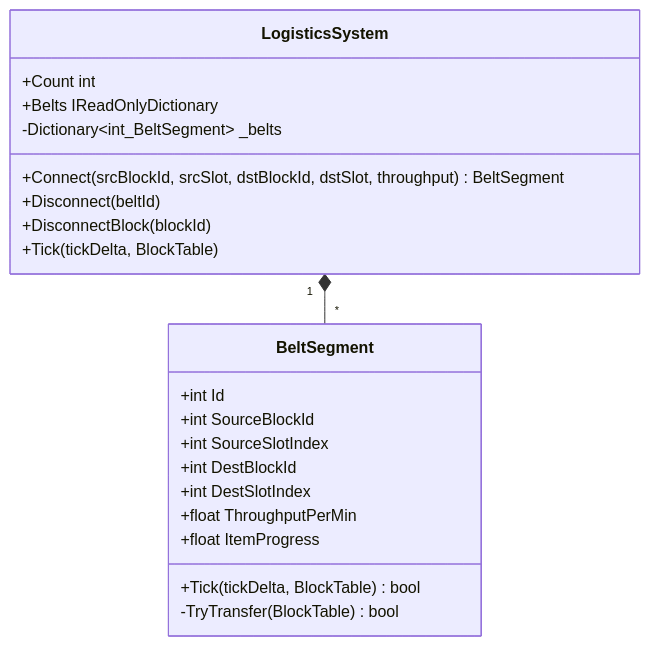
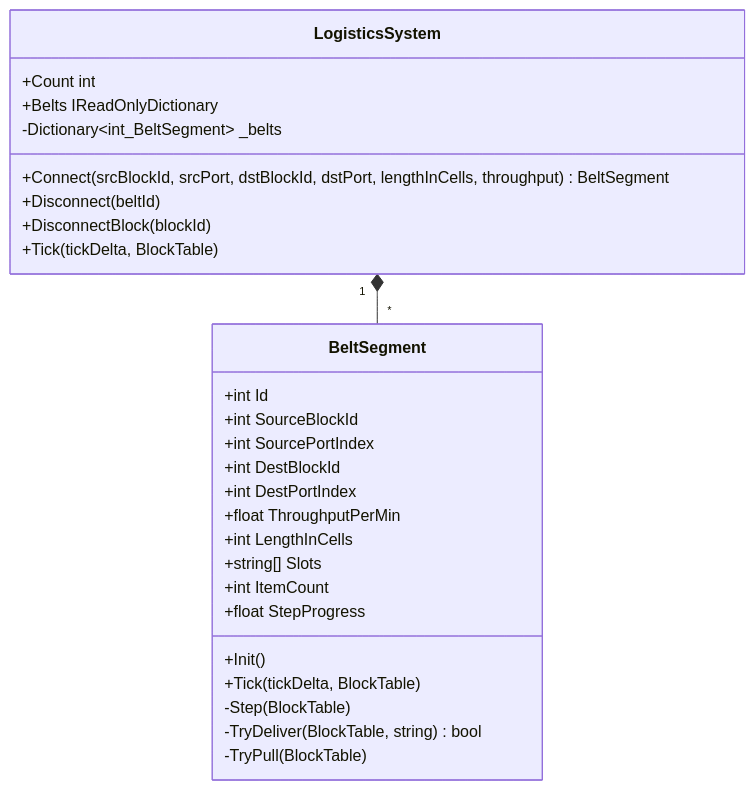
Before and after one commit to lukedholder/Reclamation: the tenth of 10 diagrams in docs/BuildingSystem_UML.md, drawn with Mermaid. The commit also changed other lines of this file and 4 other files, not shown here.

````diff
--- a/docs/BuildingSystem_UML.md
+++ b/docs/BuildingSystem_UML.md
@@ -631,26 +631,32 @@
 ```mermaid
 classDiagram
     class LogisticsSystem {
         +Count int
         +Belts IReadOnlyDictionary
-        +Connect(srcBlockId, srcSlot, dstBlockId, dstSlot, throughput) BeltSegment
+        +Connect(srcBlockId, srcPort, dstBlockId, dstPort, lengthInCells, throughput) BeltSegment
         +Disconnect(beltId)
         +DisconnectBlock(blockId)
         +Tick(tickDelta, BlockTable)
         -Dictionary~int_BeltSegment~ _belts
     }
 
     class BeltSegment {
         +int Id
         +int SourceBlockId
-        +int SourceSlotIndex
+        +int SourcePortIndex
         +int DestBlockId
-        +int DestSlotIndex
+        +int DestPortIndex
         +float ThroughputPerMin
-        +float ItemProgress
-        +Tick(tickDelta, BlockTable) bool
-        -TryTransfer(BlockTable) bool
+        +int LengthInCells
+        +string[] Slots
+        +int ItemCount
+        +float StepProgress
+        +Init()
+        +Tick(tickDelta, BlockTable)
+        -Step(BlockTable)
+        -TryDeliver(BlockTable, string) bool
+        -TryPull(BlockTable)
     }
 
     LogisticsSystem "1" *-- "*" BeltSegment
 ```
````
